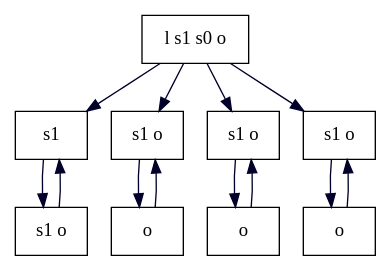
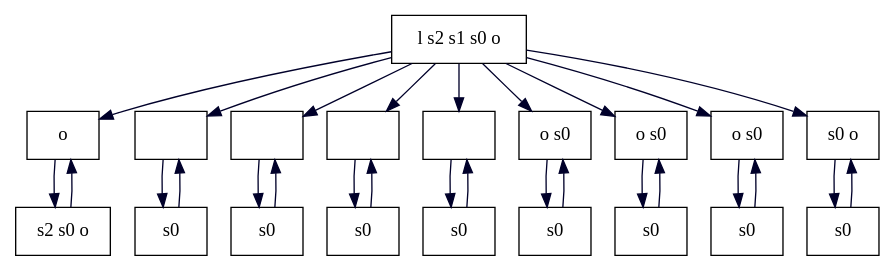
One commit to hobitans/TGHyper changed the diagram in files/out.dot. Above: the diagram before and after it, drawn with Graphviz. The commit also changed 4 other files, not shown here.

```diff
--- a/files/out.dot
+++ b/files/out.dot
@@ -1,36 +1,90 @@
 digraph G {
-  "ip_pv1i0Ipv2i0Ipv1i0Ipv2i1I00_0-1[s1 ]" [shape=box, label="s1 ", ];
-  "ip_pv1i0Ipv2i0Ipv1i0Ipv2i1I00_0-2[s1 o ]" [shape=box, label="s1 o ", ];
-  "pv1i0Ipv2i0I_pv1i0Ipv2i1I0_0-1[s1 o ]" [shape=box, label="s1 o ", ];
-  "pv1i0Ipv2i0I_pv1i0Ipv2i1I0_0-2[o ]" [shape=box, label="o ", ];
-  "pv1i0Ipv2i1I_0-0[l s1 s0 o ]" [shape=box, label="l s1 s0 o ", ];
-  "pv1i0Ipv2i1I_0-1[s1 o ]" [shape=box, label="s1 o ", ];
-  "pv1i0Ipv2i1I_0-2[o ]" [shape=box, label="o ", ];
-  "pv1i0_ippv1i0Ipv2i0Ipv1i0Ipv2i1I000_0-1[s1 o ]" [shape=box, label="s1 o ", ];
-  "pv1i0_ippv1i0Ipv2i0Ipv1i0Ipv2i1I000_0-2[o ]" [shape=box, label="o ", ];
+  "ip_pv2i0Ipv3i0Ipv2i1Ipv3i0Ipv2i0Ipv3i1Ipv2i1Ipv3i1Ipv2i0Ipv3i2Ipv2i1Ipv3i2I000000_0-1[o ]" [
+  shape=box, label="o ", ];
+  "ip_pv2i0Ipv3i0Ipv2i1Ipv3i0Ipv2i0Ipv3i1Ipv2i1Ipv3i1Ipv2i0Ipv3i2Ipv2i1Ipv3i2I000000_0-2[s2 s0 o ]" [
+  shape=box, label="s2 s0 o ", ];
+  "pv2i0Ipv3i0I_pv2i1Ipv3i0Ipv2i0Ipv3i1Ipv2i1Ipv3i1Ipv2i0Ipv3i2Ipv2i1Ipv3i2I00000_0-1[]" [
+  shape=box, label="", ];
+  "pv2i0Ipv3i0I_pv2i1Ipv3i0Ipv2i0Ipv3i1Ipv2i1Ipv3i1Ipv2i0Ipv3i2Ipv2i1Ipv3i2I00000_0-2[s0 ]" [
+  shape=box, label="s0 ", ];
+  "pv2i0Ipv3i1I_pv2i1Ipv3i1Ipv2i0Ipv3i2Ipv2i1Ipv3i2I000_0-1[]" [shape=box,
+                                                                label="", ];
+  "pv2i0Ipv3i1I_pv2i1Ipv3i1Ipv2i0Ipv3i2Ipv2i1Ipv3i2I000_0-2[s0 ]" [shape=box,
+                                                                   label="s0 ",
+                                                                   ];
+  "pv2i0Ipv3i2I_pv2i1Ipv3i2I0_0-1[]" [shape=box, label="", ];
+  "pv2i0Ipv3i2I_pv2i1Ipv3i2I0_0-2[s0 ]" [shape=box, label="s0 ", ];
+  "pv2i0_ippv2i0Ipv3i0Ipv2i1Ipv3i0Ipv2i0Ipv3i1Ipv2i1Ipv3i1Ipv2i0Ipv3i2Ipv2i1Ipv3i2I0000000_0-1[]" [
+  shape=box, label="", ];
+  "pv2i0_ippv2i0Ipv3i0Ipv2i1Ipv3i0Ipv2i0Ipv3i1Ipv2i1Ipv3i1Ipv2i0Ipv3i2Ipv2i1Ipv3i2I0000000_0-2[s0 ]" [
+  shape=box, label="s0 ", ];
+  "pv2i1Ipv3i0I_pv2i0Ipv3i1Ipv2i1Ipv3i1Ipv2i0Ipv3i2Ipv2i1Ipv3i2I0000_0-1[o s0 ]" [
+  shape=box, label="o s0 ", ];
+  "pv2i1Ipv3i0I_pv2i0Ipv3i1Ipv2i1Ipv3i1Ipv2i0Ipv3i2Ipv2i1Ipv3i2I0000_0-2[s0 ]" [
+  shape=box, label="s0 ", ];
+  "pv2i1Ipv3i1I_pv2i0Ipv3i2Ipv2i1Ipv3i2I00_0-1[o s0 ]" [shape=box,
+                                                        label="o s0 ", ];
+  "pv2i1Ipv3i1I_pv2i0Ipv3i2Ipv2i1Ipv3i2I00_0-2[s0 ]" [shape=box, label="s0 ", ];
+  "pv2i1Ipv3i2I_0-0[l s2 s1 s0 o ]" [shape=box, label="l s2 s1 s0 o ", ];
+  "pv2i1Ipv3i2I_0-1[o s0 ]" [shape=box, label="o s0 ", ];
+  "pv2i1Ipv3i2I_0-2[s0 ]" [shape=box, label="s0 ", ];
+  "pv2i1_ippv2i0Ipv3i0Ipv2i1Ipv3i0Ipv2i0Ipv3i1Ipv2i1Ipv3i1Ipv2i0Ipv3i2Ipv2i1Ipv3i2I0000000_0-1[s0 o ]" [
+  shape=box, label="s0 o ", ];
+  "pv2i1_ippv2i0Ipv3i0Ipv2i1Ipv3i0Ipv2i0Ipv3i1Ipv2i1Ipv3i1Ipv2i0Ipv3i2Ipv2i1Ipv3i2I0000000_0-2[s0 ]" [
+  shape=box, label="s0 ", ];
   
   
-  "ip_pv1i0Ipv2i0Ipv1i0Ipv2i1I00_0-1[s1 ]" -> "ip_pv1i0Ipv2i0Ipv1i0Ipv2i1I00_0-2[s1 o ]" [
+  "ip_pv2i0Ipv3i0Ipv2i1Ipv3i0Ipv2i0Ipv3i1Ipv2i1Ipv3i1Ipv2i0Ipv3i2Ipv2i1Ipv3i2I000000_0-1[o ]" -> "ip_pv2i0Ipv3i0Ipv2i1Ipv3i0Ipv2i0Ipv3i1Ipv2i1Ipv3i1Ipv2i0Ipv3i2Ipv2i1Ipv3i2I000000_0-2[s2 s0 o ]" [
   color="#00002A", ];
-  "ip_pv1i0Ipv2i0Ipv1i0Ipv2i1I00_0-2[s1 o ]" -> "ip_pv1i0Ipv2i0Ipv1i0Ipv2i1I00_0-1[s1 ]" [
+  "ip_pv2i0Ipv3i0Ipv2i1Ipv3i0Ipv2i0Ipv3i1Ipv2i1Ipv3i1Ipv2i0Ipv3i2Ipv2i1Ipv3i2I000000_0-2[s2 s0 o ]" -> "ip_pv2i0Ipv3i0Ipv2i1Ipv3i0Ipv2i0Ipv3i1Ipv2i1Ipv3i1Ipv2i0Ipv3i2Ipv2i1Ipv3i2I000000_0-1[o ]" [
   color="#00002A", ];
-  "pv1i0Ipv2i0I_pv1i0Ipv2i1I0_0-1[s1 o ]" -> "pv1i0Ipv2i0I_pv1i0Ipv2i1I0_0-2[o ]" [
+  "pv2i0Ipv3i0I_pv2i1Ipv3i0Ipv2i0Ipv3i1Ipv2i1Ipv3i1Ipv2i0Ipv3i2Ipv2i1Ipv3i2I00000_0-1[]" -> "pv2i0Ipv3i0I_pv2i1Ipv3i0Ipv2i0Ipv3i1Ipv2i1Ipv3i1Ipv2i0Ipv3i2Ipv2i1Ipv3i2I00000_0-2[s0 ]" [
   color="#00002A", ];
-  "pv1i0Ipv2i0I_pv1i0Ipv2i1I0_0-2[o ]" -> "pv1i0Ipv2i0I_pv1i0Ipv2i1I0_0-1[s1 o ]" [
+  "pv2i0Ipv3i0I_pv2i1Ipv3i0Ipv2i0Ipv3i1Ipv2i1Ipv3i1Ipv2i0Ipv3i2Ipv2i1Ipv3i2I00000_0-2[s0 ]" -> "pv2i0Ipv3i0I_pv2i1Ipv3i0Ipv2i0Ipv3i1Ipv2i1Ipv3i1Ipv2i0Ipv3i2Ipv2i1Ipv3i2I00000_0-1[]" [
   color="#00002A", ];
-  "pv1i0Ipv2i1I_0-0[l s1 s0 o ]" -> "ip_pv1i0Ipv2i0Ipv1i0Ipv2i1I00_0-1[s1 ]" [
+  "pv2i0Ipv3i1I_pv2i1Ipv3i1Ipv2i0Ipv3i2Ipv2i1Ipv3i2I000_0-1[]" -> "pv2i0Ipv3i1I_pv2i1Ipv3i1Ipv2i0Ipv3i2Ipv2i1Ipv3i2I000_0-2[s0 ]" [
   color="#00002A", ];
-  "pv1i0Ipv2i1I_0-0[l s1 s0 o ]" -> "pv1i0Ipv2i0I_pv1i0Ipv2i1I0_0-1[s1 o ]" [
+  "pv2i0Ipv3i1I_pv2i1Ipv3i1Ipv2i0Ipv3i2Ipv2i1Ipv3i2I000_0-2[s0 ]" -> "pv2i0Ipv3i1I_pv2i1Ipv3i1Ipv2i0Ipv3i2Ipv2i1Ipv3i2I000_0-1[]" [
   color="#00002A", ];
-  "pv1i0Ipv2i1I_0-0[l s1 s0 o ]" -> "pv1i0Ipv2i1I_0-1[s1 o ]" [color="#00002A",
-                                                               ];
-  "pv1i0Ipv2i1I_0-0[l s1 s0 o ]" -> "pv1i0_ippv1i0Ipv2i0Ipv1i0Ipv2i1I000_0-1[s1 o ]" [
+  "pv2i0Ipv3i2I_pv2i1Ipv3i2I0_0-1[]" -> "pv2i0Ipv3i2I_pv2i1Ipv3i2I0_0-2[s0 ]" [
   color="#00002A", ];
-  "pv1i0Ipv2i1I_0-1[s1 o ]" -> "pv1i0Ipv2i1I_0-2[o ]" [color="#00002A", ];
-  "pv1i0Ipv2i1I_0-2[o ]" -> "pv1i0Ipv2i1I_0-1[s1 o ]" [color="#00002A", ];
-  "pv1i0_ippv1i0Ipv2i0Ipv1i0Ipv2i1I000_0-1[s1 o ]" -> "pv1i0_ippv1i0Ipv2i0Ipv1i0Ipv2i1I000_0-2[o ]" [
+  "pv2i0Ipv3i2I_pv2i1Ipv3i2I0_0-2[s0 ]" -> "pv2i0Ipv3i2I_pv2i1Ipv3i2I0_0-1[]" [
   color="#00002A", ];
-  "pv1i0_ippv1i0Ipv2i0Ipv1i0Ipv2i1I000_0-2[o ]" -> "pv1i0_ippv1i0Ipv2i0Ipv1i0Ipv2i1I000_0-1[s1 o ]" [
+  "pv2i0_ippv2i0Ipv3i0Ipv2i1Ipv3i0Ipv2i0Ipv3i1Ipv2i1Ipv3i1Ipv2i0Ipv3i2Ipv2i1Ipv3i2I0000000_0-1[]" -> "pv2i0_ippv2i0Ipv3i0Ipv2i1Ipv3i0Ipv2i0Ipv3i1Ipv2i1Ipv3i1Ipv2i0Ipv3i2Ipv2i1Ipv3i2I0000000_0-2[s0 ]" [
+  color="#00002A", ];
+  "pv2i0_ippv2i0Ipv3i0Ipv2i1Ipv3i0Ipv2i0Ipv3i1Ipv2i1Ipv3i1Ipv2i0Ipv3i2Ipv2i1Ipv3i2I0000000_0-2[s0 ]" -> "pv2i0_ippv2i0Ipv3i0Ipv2i1Ipv3i0Ipv2i0Ipv3i1Ipv2i1Ipv3i1Ipv2i0Ipv3i2Ipv2i1Ipv3i2I0000000_0-1[]" [
+  color="#00002A", ];
+  "pv2i1Ipv3i0I_pv2i0Ipv3i1Ipv2i1Ipv3i1Ipv2i0Ipv3i2Ipv2i1Ipv3i2I0000_0-1[o s0 ]" -> "pv2i1Ipv3i0I_pv2i0Ipv3i1Ipv2i1Ipv3i1Ipv2i0Ipv3i2Ipv2i1Ipv3i2I0000_0-2[s0 ]" [
+  color="#00002A", ];
+  "pv2i1Ipv3i0I_pv2i0Ipv3i1Ipv2i1Ipv3i1Ipv2i0Ipv3i2Ipv2i1Ipv3i2I0000_0-2[s0 ]" -> "pv2i1Ipv3i0I_pv2i0Ipv3i1Ipv2i1Ipv3i1Ipv2i0Ipv3i2Ipv2i1Ipv3i2I0000_0-1[o s0 ]" [
+  color="#00002A", ];
+  "pv2i1Ipv3i1I_pv2i0Ipv3i2Ipv2i1Ipv3i2I00_0-1[o s0 ]" -> "pv2i1Ipv3i1I_pv2i0Ipv3i2Ipv2i1Ipv3i2I00_0-2[s0 ]" [
+  color="#00002A", ];
+  "pv2i1Ipv3i1I_pv2i0Ipv3i2Ipv2i1Ipv3i2I00_0-2[s0 ]" -> "pv2i1Ipv3i1I_pv2i0Ipv3i2Ipv2i1Ipv3i2I00_0-1[o s0 ]" [
+  color="#00002A", ];
+  "pv2i1Ipv3i2I_0-0[l s2 s1 s0 o ]" -> "ip_pv2i0Ipv3i0Ipv2i1Ipv3i0Ipv2i0Ipv3i1Ipv2i1Ipv3i1Ipv2i0Ipv3i2Ipv2i1Ipv3i2I000000_0-1[o ]" [
+  color="#00002A", ];
+  "pv2i1Ipv3i2I_0-0[l s2 s1 s0 o ]" -> "pv2i0Ipv3i0I_pv2i1Ipv3i0Ipv2i0Ipv3i1Ipv2i1Ipv3i1Ipv2i0Ipv3i2Ipv2i1Ipv3i2I00000_0-1[]" [
+  color="#00002A", ];
+  "pv2i1Ipv3i2I_0-0[l s2 s1 s0 o ]" -> "pv2i0Ipv3i1I_pv2i1Ipv3i1Ipv2i0Ipv3i2Ipv2i1Ipv3i2I000_0-1[]" [
+  color="#00002A", ];
+  "pv2i1Ipv3i2I_0-0[l s2 s1 s0 o ]" -> "pv2i0Ipv3i2I_pv2i1Ipv3i2I0_0-1[]" [
+  color="#00002A", ];
+  "pv2i1Ipv3i2I_0-0[l s2 s1 s0 o ]" -> "pv2i0_ippv2i0Ipv3i0Ipv2i1Ipv3i0Ipv2i0Ipv3i1Ipv2i1Ipv3i1Ipv2i0Ipv3i2Ipv2i1Ipv3i2I0000000_0-1[]" [
+  color="#00002A", ];
+  "pv2i1Ipv3i2I_0-0[l s2 s1 s0 o ]" -> "pv2i1Ipv3i0I_pv2i0Ipv3i1Ipv2i1Ipv3i1Ipv2i0Ipv3i2Ipv2i1Ipv3i2I0000_0-1[o s0 ]" [
+  color="#00002A", ];
+  "pv2i1Ipv3i2I_0-0[l s2 s1 s0 o ]" -> "pv2i1Ipv3i1I_pv2i0Ipv3i2Ipv2i1Ipv3i2I00_0-1[o s0 ]" [
+  color="#00002A", ];
+  "pv2i1Ipv3i2I_0-0[l s2 s1 s0 o ]" -> "pv2i1Ipv3i2I_0-1[o s0 ]" [color="#00002A",
+                                                                  ];
+  "pv2i1Ipv3i2I_0-0[l s2 s1 s0 o ]" -> "pv2i1_ippv2i0Ipv3i0Ipv2i1Ipv3i0Ipv2i0Ipv3i1Ipv2i1Ipv3i1Ipv2i0Ipv3i2Ipv2i1Ipv3i2I0000000_0-1[s0 o ]" [
+  color="#00002A", ];
+  "pv2i1Ipv3i2I_0-1[o s0 ]" -> "pv2i1Ipv3i2I_0-2[s0 ]" [color="#00002A", ];
+  "pv2i1Ipv3i2I_0-2[s0 ]" -> "pv2i1Ipv3i2I_0-1[o s0 ]" [color="#00002A", ];
+  "pv2i1_ippv2i0Ipv3i0Ipv2i1Ipv3i0Ipv2i0Ipv3i1Ipv2i1Ipv3i1Ipv2i0Ipv3i2Ipv2i1Ipv3i2I0000000_0-1[s0 o ]" -> "pv2i1_ippv2i0Ipv3i0Ipv2i1Ipv3i0Ipv2i0Ipv3i1Ipv2i1Ipv3i1Ipv2i0Ipv3i2Ipv2i1Ipv3i2I0000000_0-2[s0 ]" [
+  color="#00002A", ];
+  "pv2i1_ippv2i0Ipv3i0Ipv2i1Ipv3i0Ipv2i0Ipv3i1Ipv2i1Ipv3i1Ipv2i0Ipv3i2Ipv2i1Ipv3i2I0000000_0-2[s0 ]" -> "pv2i1_ippv2i0Ipv3i0Ipv2i1Ipv3i0Ipv2i0Ipv3i1Ipv2i1Ipv3i1Ipv2i0Ipv3i2Ipv2i1Ipv3i2I0000000_0-1[s0 o ]" [
   color="#00002A", ];
   
   }
```
